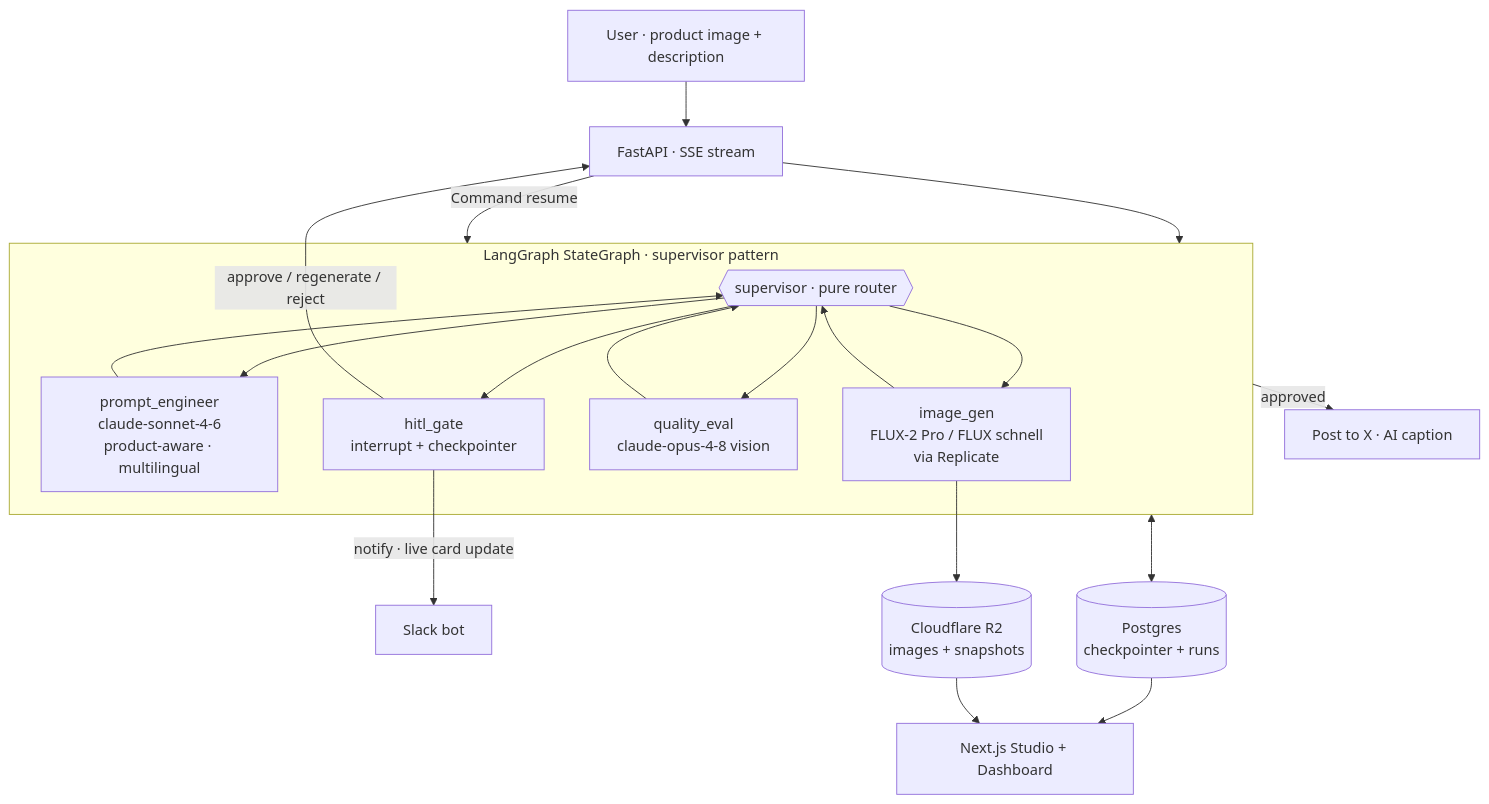
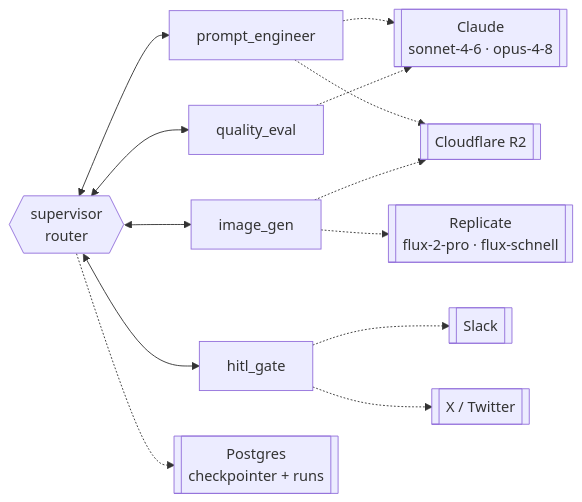
One commit to Navong/AI-Content-Production-Agent changed the diagram in README.md. Above: the diagram before and after it, drawn with Mermaid. The commit also changed other lines of this file, not shown here.

Commit message:
Simplify README diagram to focus on agents and tools
Replace detailed flow diagram with a supervisor → agents → tools view.

````diff
--- a/README.md
+++ b/README.md
@@ -31,28 +33,19 @@
 ```mermaid
-flowchart TD
-    U[User · product image + description] --> API[FastAPI · SSE stream]
+flowchart LR
+    SUP{{supervisor<br/>router}}
 
-    subgraph G[LangGraph StateGraph · supervisor pattern]
-        SUP{{supervisor · pure router}}
-        PE[prompt_engineer<br/>claude-sonnet-4-6<br/>product-aware · multilingual]
-        IG[image_gen<br/>FLUX-2 Pro / FLUX schnell<br/>via Replicate]
-        QE[quality_eval<br/>claude-opus-4-8 vision]
-        HITL[hitl_gate<br/>interrupt + checkpointer]
+    SUP <--> PE[prompt_engineer]
+    SUP <--> IG[image_gen]
+    SUP <--> QE[quality_eval]
+    SUP <--> HITL[hitl_gate]
 
-        SUP --> PE --> SUP
-        SUP --> IG --> SUP
-        SUP --> QE --> SUP
-        SUP --> HITL
-    end
+    PE -.-> CLAUDE[[Claude<br/>sonnet-4-6 · opus-4-8]]
+    QE -.-> CLAUDE
+    IG -.-> REPLICATE[[Replicate<br/>flux-2-pro · flux-schnell]]
+    HITL -.-> SLACK[[Slack]]
+    HITL -.-> XTOOL[[X / Twitter]]
 
-    API --> G
-    HITL -->|notify · live card update| SLACK[Slack bot]
-    HITL -->|approve / regenerate / reject| API
-    API -->|Command resume| G
-    G -->|approved| X[Post to X · AI caption]
-
-    G <--> PG[(Postgres<br/>checkpointer + runs)]
-    IG --> R2[(Cloudflare R2<br/>images + snapshots)]
-    PG --> DASH[Next.js Studio + Dashboard]
-    R2 --> DASH
+    PE -.-> R2[[Cloudflare R2]]
+    IG -.-> R2
+    SUP -.-> PG[[Postgres<br/>checkpointer + runs]]
 ```
````
